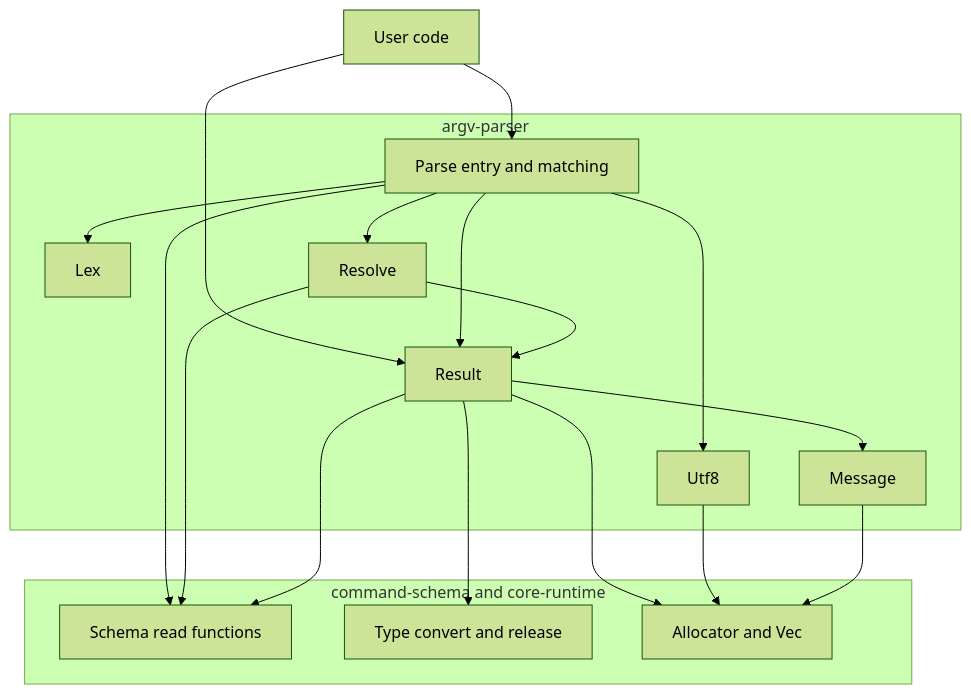
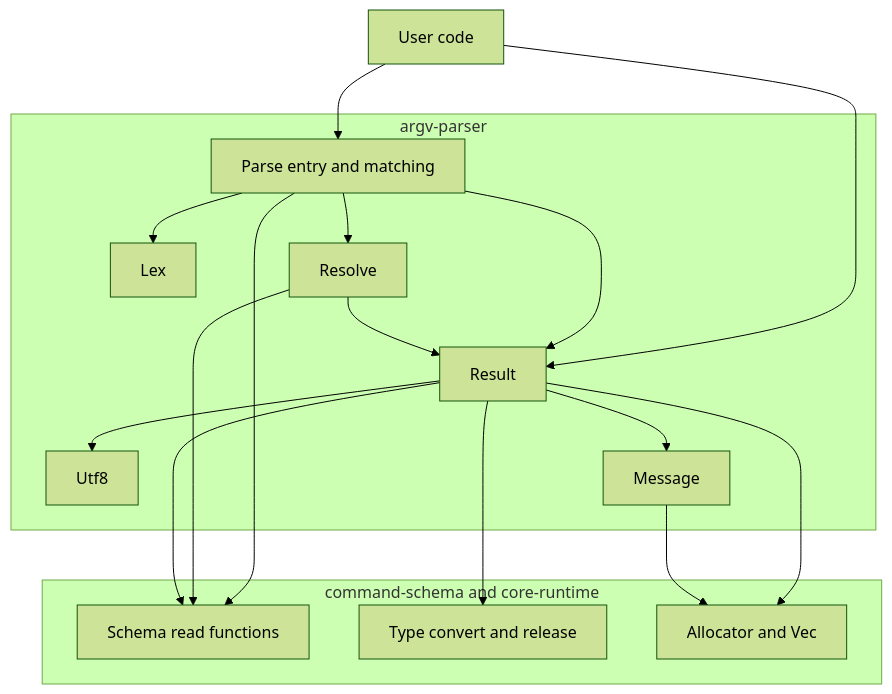
The first of 2 diagrams in .kiro/specs/argv-parser/design.md (ktdevx/cargs), drawn with Mermaid (forest theme) before and after one commit. The commit also changed other lines of this file, not shown here.

````diff
--- a/.kiro/specs/argv-parser/design.md
+++ b/.kiro/specs/argv-parser/design.md
@@ -91,32 +91,31 @@
 ```mermaid
 graph TB
     User[User code]
     subgraph ArgvParser[argv-parser]
         Parse[Parse entry and matching]
         Lex[Lex]
         Utf8[Utf8]
         Resolve[Resolve]
         Message[Message]
         Result[Result]
     end
     subgraph Upstream[command-schema and core-runtime]
         SchemaRead[Schema read functions]
         TypeApi[Type convert and release]
         Alloc[Allocator and Vec]
     end
     User --> Parse
     User --> Result
     Parse --> Lex
-    Parse --> Utf8
     Parse --> Resolve
     Parse --> Result
     Resolve --> Result
     Result --> Message
+    Result --> Utf8
     Parse --> SchemaRead
     Resolve --> SchemaRead
     Result --> SchemaRead
     Result --> TypeApi
     Result --> Alloc
-    Utf8 --> Alloc
     Message --> Alloc
 ```
````
